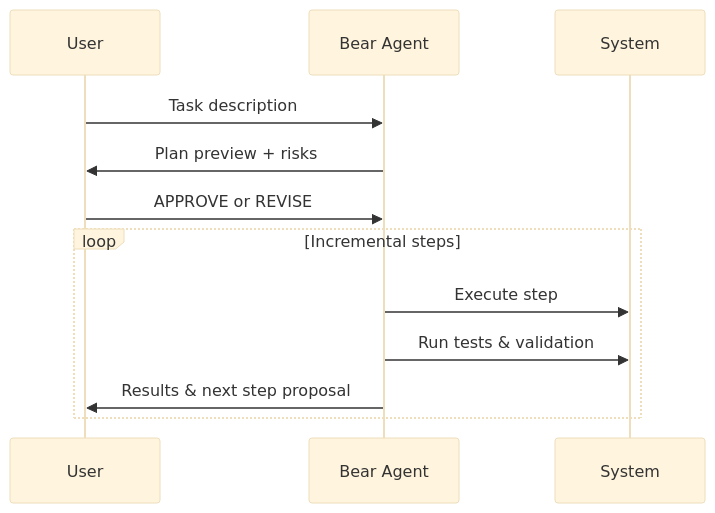
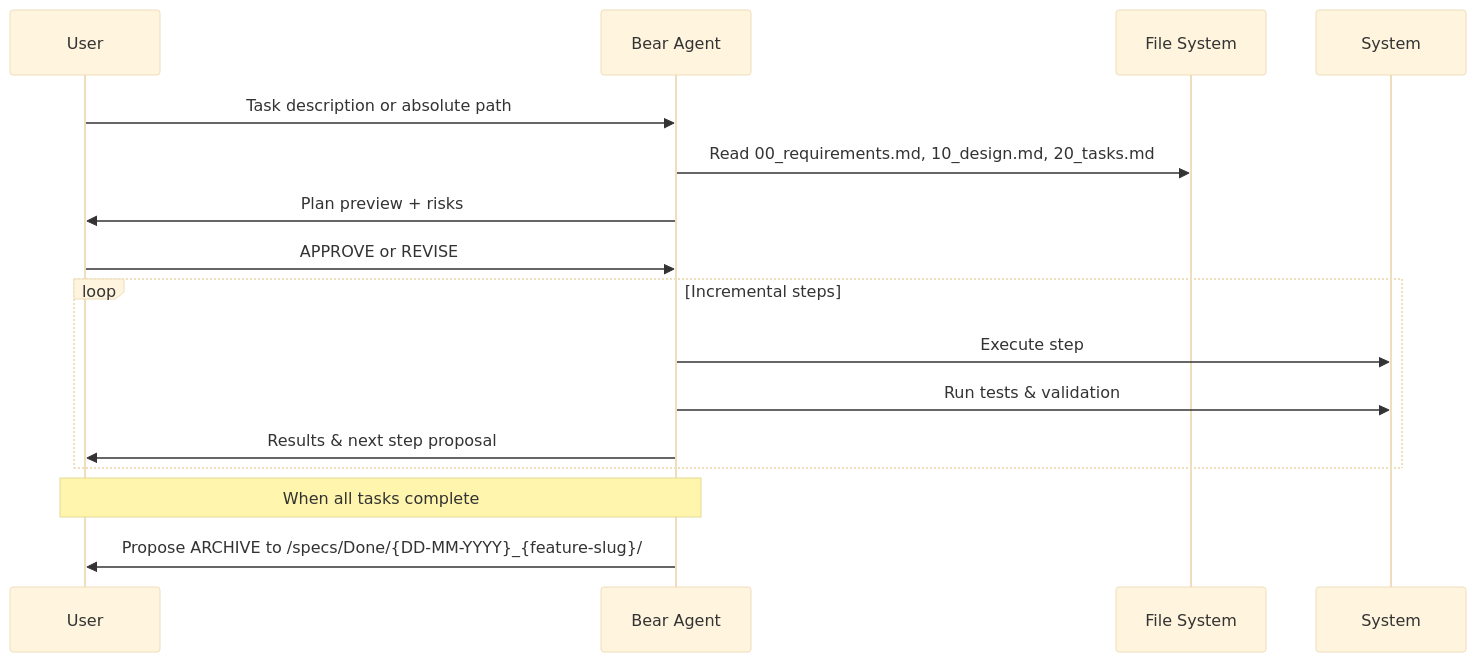
Before and after one commit to bizzkoot/Codex-CLI_Kiro-Bear-Profiles: the second of 2 diagrams in README.md, drawn with Mermaid (base theme). The commit also changed other lines of this file and 2 other files, not shown here.

````diff
--- a/README.md
+++ b/README.md
@@ -262,15 +247,19 @@
 ```mermaid
 sequenceDiagram
     participant U as User
     participant B as Bear Agent
+    participant F as File System
     participant S as System
 
-    U->>B: Task description
+    U->>B: Task description or absolute path
+    B->>F: Read 00_requirements.md, 10_design.md, 20_tasks.md
     B->>U: Plan preview + risks
     U->>B: APPROVE or REVISE
     loop Incremental steps
         B->>S: Execute step
         B->>S: Run tests & validation
         B->>U: Results & next step proposal
     end
+    Note over B,U: When all tasks complete
+    B->>U: Propose ARCHIVE to /specs/Done/{DD-MM-YYYY}_{feature-slug}/
 ```
````
